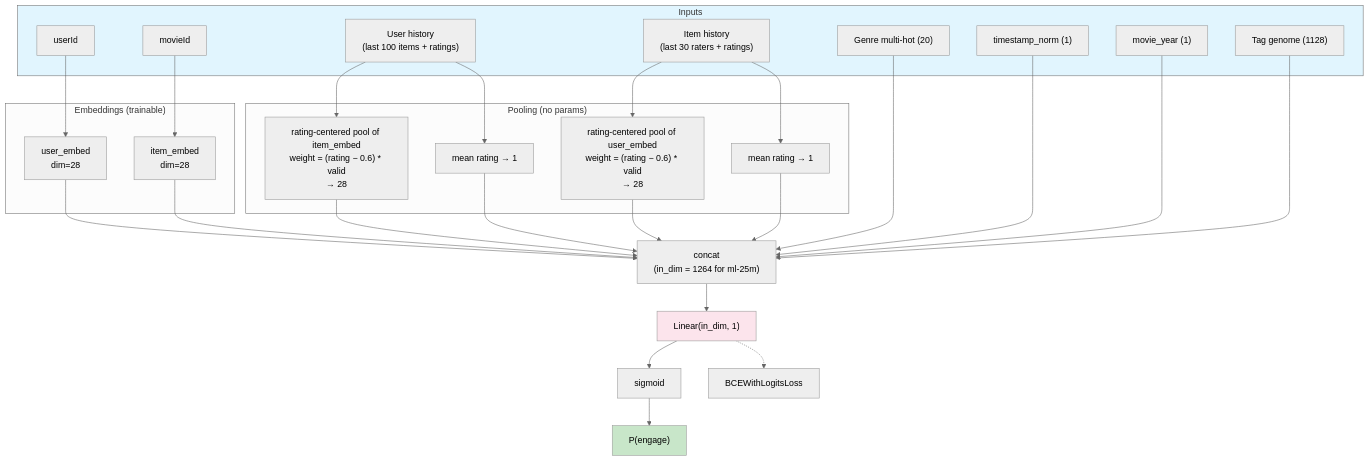
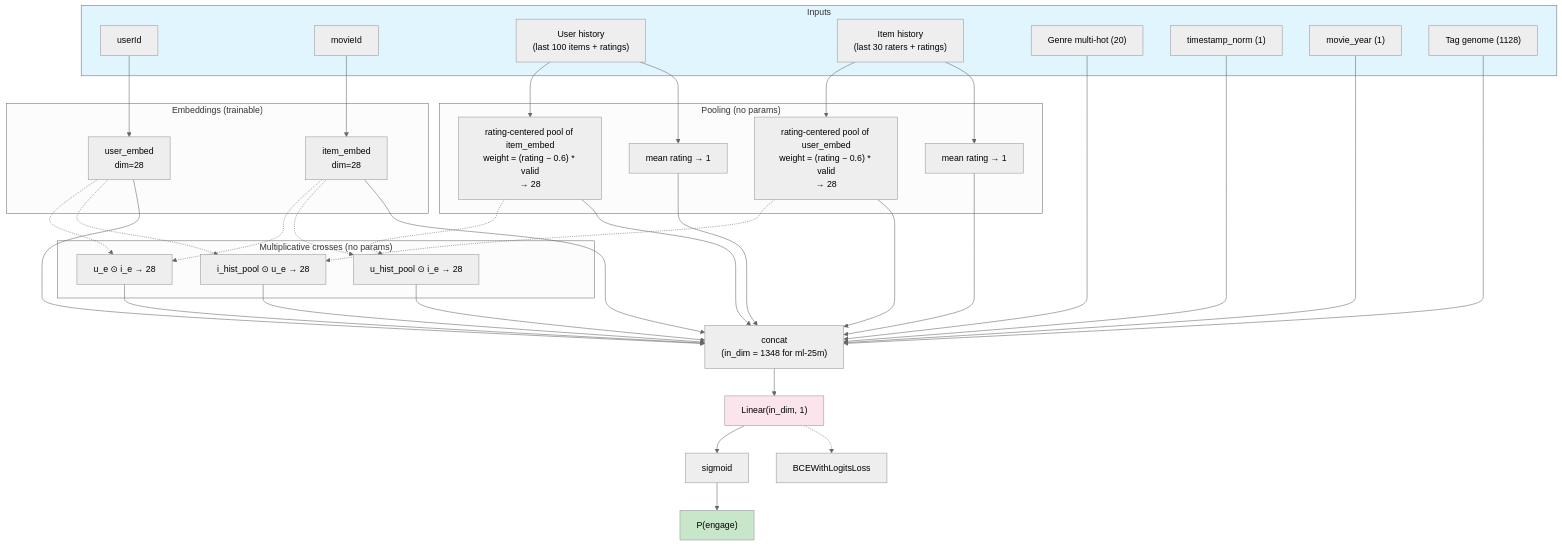
The diagram in README.md (thuningxu/movielens), drawn with Mermaid (neutral theme) before and after one commit. The commit also changed other lines of this file and 4 other files, not shown here.

````diff
--- a/README.md
+++ b/README.md
@@ -20,47 +20,59 @@
 ```mermaid
 graph TD
     subgraph Inputs
         UID["userId"]
         MID["movieId"]
         UHIST["User history<br/>(last 100 items + ratings)"]
         IHIST["Item history<br/>(last 30 raters + ratings)"]
         GENRE["Genre multi-hot (20)"]
         TS["timestamp_norm (1)"]
         YEAR["movie_year (1)"]
         GENOME["Tag genome (1128)"]
     end
 
     subgraph "Embeddings (trainable)"
         UID --> UE["user_embed<br/>dim=28"]
         MID --> IE["item_embed<br/>dim=28"]
     end
 
     subgraph "Pooling (no params)"
         UHIST --> UHP["rating-centered pool of item_embed<br/>weight = (rating − 0.6) * valid<br/>→ 28"]
         UHIST --> UHR["mean rating → 1"]
         IHIST --> IHP["rating-centered pool of user_embed<br/>weight = (rating − 0.6) * valid<br/>→ 28"]
         IHIST --> IHR["mean rating → 1"]
     end
 
-    UE --> CONCAT["concat<br/>(in_dim = 1264 for ml-25m)"]
+    subgraph "Multiplicative crosses (no params)"
+        UE -.-> CR1["u_e ⊙ i_e → 28"]
+        IE -.-> CR1
+        UHP -.-> CR2["u_hist_pool ⊙ i_e → 28"]
+        IE -.-> CR2
+        IHP -.-> CR3["i_hist_pool ⊙ u_e → 28"]
+        UE -.-> CR3
+    end
+
+    UE --> CONCAT["concat<br/>(in_dim = 1348 for ml-25m)"]
     IE --> CONCAT
     UHP --> CONCAT
     UHR --> CONCAT
     IHP --> CONCAT
     IHR --> CONCAT
     GENRE --> CONCAT
     TS --> CONCAT
     YEAR --> CONCAT
     GENOME --> CONCAT
+    CR1 --> CONCAT
+    CR2 --> CONCAT
+    CR3 --> CONCAT
 
     CONCAT --> HEAD["Linear(in_dim, 1)"]
     HEAD --> SIGMOID["sigmoid"]
     SIGMOID --> PRED["P(engage)"]
 
     LOSS["BCEWithLogitsLoss"]
     HEAD -.-> LOSS
 
     style Inputs fill:#e1f5fe
     style HEAD fill:#fce4ec
     style PRED fill:#c8e6c9
 ```
````
